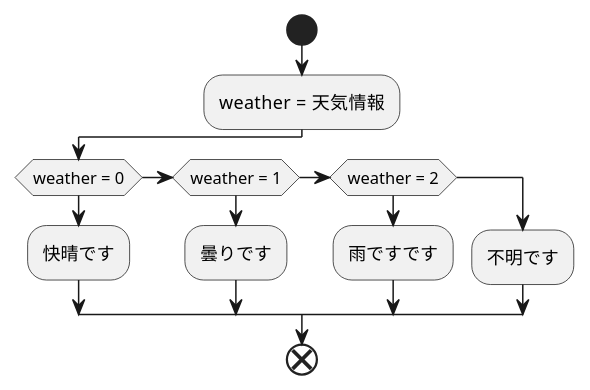
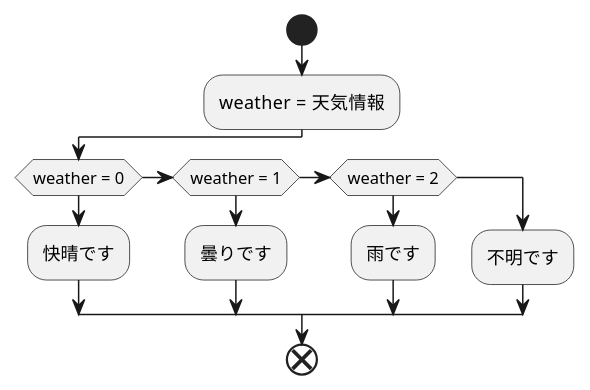
One commit to Aso2001392/2021sys-design changed the diagram in kadai3.md. Above: the diagram before and after it, drawn with PlantUML.

````diff
--- a/kadai3.md
+++ b/kadai3.md
@@ -1,20 +1,20 @@
 ```uml
 
 @startuml
 start
 :weather  = 天気情報;
 
 if(weather = 0)
 :快晴です;
 else if(weather = 1)
 :曇りです;
 else if(weather = 2)
-:雨ですです;
+:雨です;
 else
 :不明です;
 endif
 
 end
 @enduml
 
 ```
````
